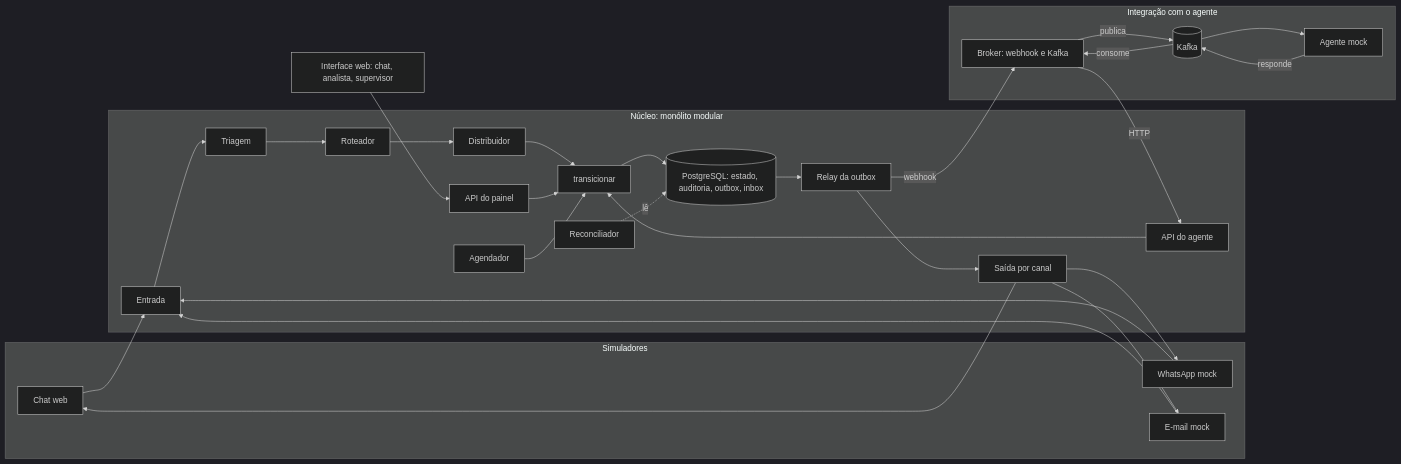
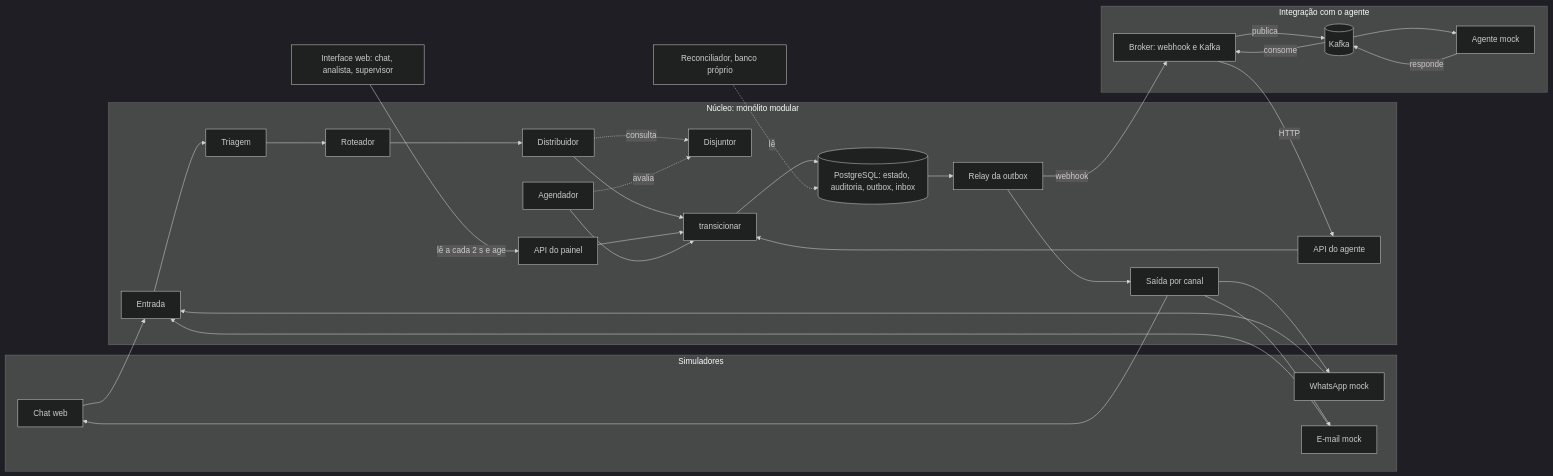
Before and after one commit to igor-rodriguess/Case_CloudWalk: the fourth of 5 diagrams in docs/arquitetura.md, drawn with Mermaid (dark theme). The commit also changed other lines of this file and 12 other files, not shown here.

````diff
--- a/docs/arquitetura.md
+++ b/docs/arquitetura.md
@@ -166,38 +172,41 @@
 ```mermaid
 flowchart LR
     subgraph Simuladores
         SC[Chat web]
         SW[WhatsApp mock]
         SE[E-mail mock]
     end
 
     subgraph Nucleo[Núcleo: monólito modular]
         IN[Entrada] --> TR[Triagem] --> RO[Roteador] --> DI[Distribuidor]
+        DI -. consulta .-> DJ[Disjuntor]
         DI --> TX[transicionar]
         AG[API do agente] --> TX
         PA[API do painel] --> TX
         SLA[Agendador] --> TX
+        SLA -. avalia .-> DJ
         TX --> DB[(PostgreSQL: estado, auditoria, outbox, inbox)]
         DB --> OB[Relay da outbox]
         OB --> SA[Saída por canal]
-        RC[Reconciliador] -. lê .-> DB
     end
 
     subgraph Integracao[Integração com o agente]
         BR[Broker: webhook e Kafka]
         K[(Kafka)]
         MK[Agente mock]
     end
 
+    RC[Reconciliador, banco próprio]
     UI[Interface web: chat, analista, supervisor]
 
     SC & SW & SE --> IN
     OB -- webhook --> BR
     BR -- publica --> K
     K --> MK
     MK -- responde --> K
     K -- consome --> BR
     BR -- HTTP --> AG
     SA --> SC & SW & SE
-    UI --> PA
+    RC -. lê .-> DB
+    UI -- lê a cada 2 s e age --> PA
 ```
````
